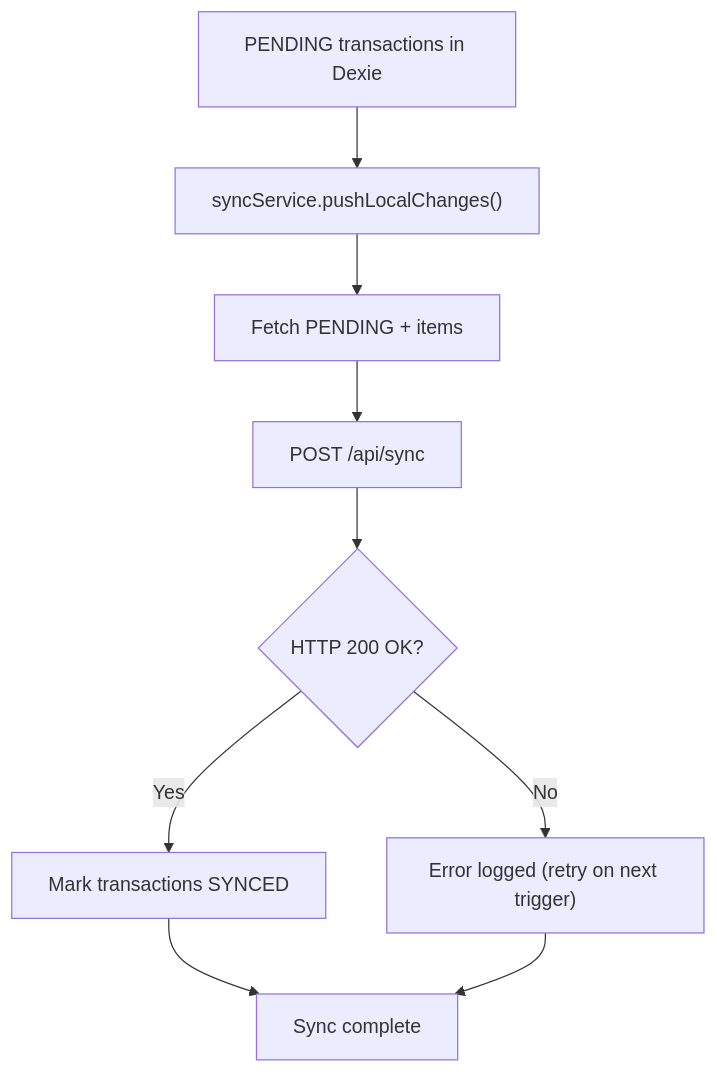
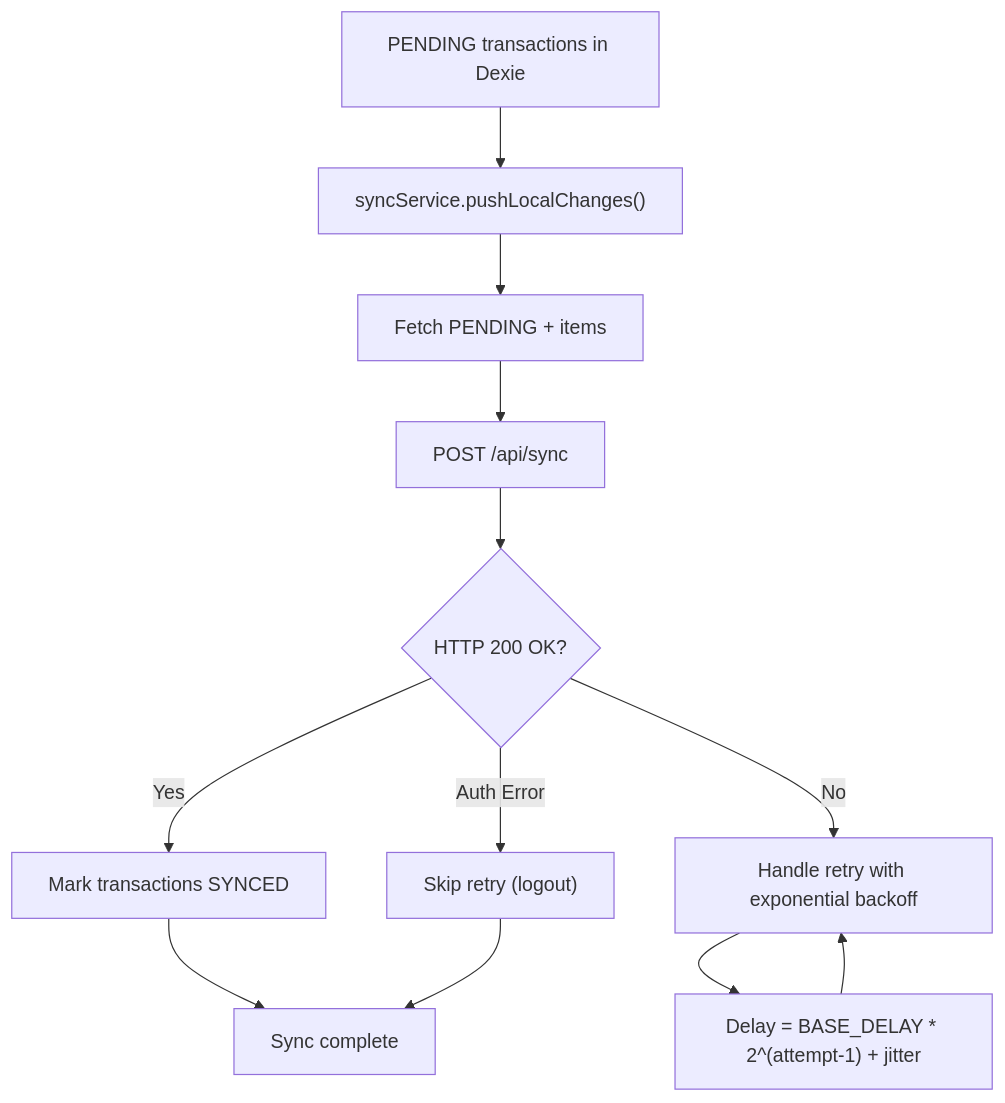
The sixth of 7 diagrams in .qoder/repowiki/en/content/POS System/Checkout Process.md (riod94/ngepos), drawn with Mermaid before and after one commit. The commit also changed other lines of this file and 51 other files, not shown here.

````diff
--- a/.qoder/repowiki/en/content/POS System/Checkout Process.md
+++ b/.qoder/repowiki/en/content/POS System/Checkout Process.md
@@ -276,11 +310,14 @@
 ```mermaid
 flowchart TD
 P["PENDING transactions in Dexie"] --> BG["syncService.pushLocalChanges()"]
 BG --> Fetch["Fetch PENDING + items"]
 Fetch --> Send["POST /api/sync"]
 Send --> Resp{"HTTP 200 OK?"}
 Resp --> |Yes| Mark["Mark transactions SYNCED"]
-Resp --> |No| Retry["Error logged (retry on next trigger)"]
+Resp --> |No| Retry["Handle retry with exponential backoff"]
+Retry --> Delay["Delay = BASE_DELAY * 2^(attempt-1) + jitter"]
+Delay --> Retry
+Resp --> |Auth Error| AuthFail["Skip retry (logout)"]
 Mark --> Done["Sync complete"]
-Retry --> Done
+AuthFail --> Done
 ```
````
